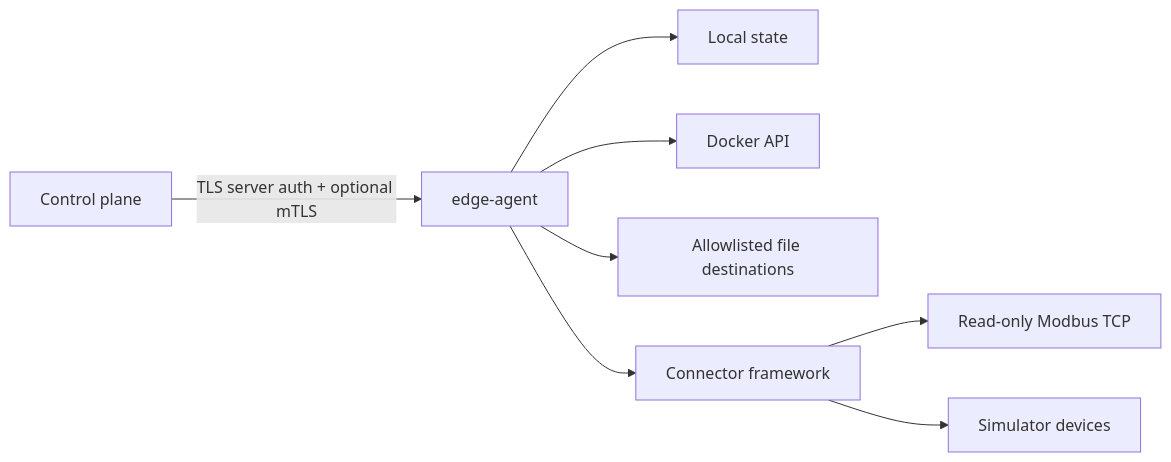
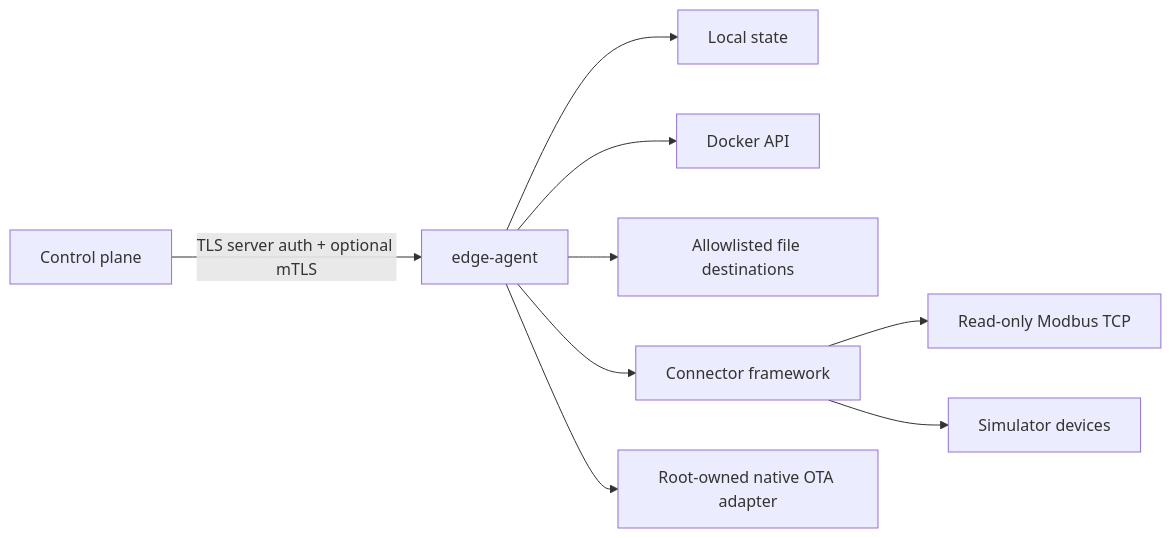
Before and after one commit to prashantdivate/soul-room-edge-platform: the first of 2 diagrams in agent/docs/ARCHITECTURE.md, drawn with Mermaid. The commit also changed other lines of this file and 34 other files, not shown here.

Commit message:
Enhance the OTA flow

````diff
--- a/agent/docs/ARCHITECTURE.md
+++ b/agent/docs/ARCHITECTURE.md
@@ -20,10 +21,11 @@
 ```mermaid
 flowchart LR
   Cloud["Control plane"] -->|TLS server auth + optional mTLS| Agent["edge-agent"]
   Agent --> Store["Local state"]
   Agent --> Docker["Docker API"]
   Agent --> Files["Allowlisted file destinations"]
   Agent --> Gateway["Connector framework"]
+  Agent --> OTA["Root-owned native OTA adapter"]
   Gateway --> Modbus["Read-only Modbus TCP"]
   Gateway --> Sim["Simulator devices"]
 ```
````
